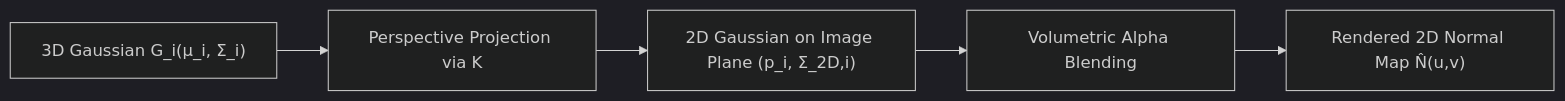
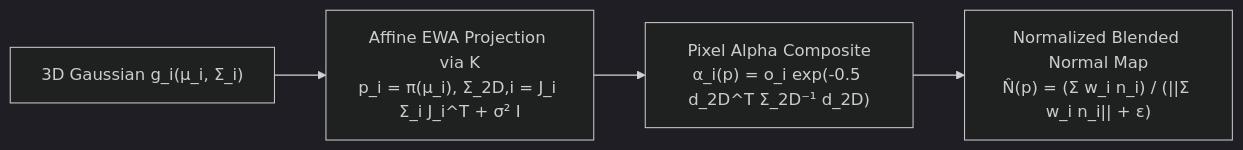
The third of 5 diagrams in documents/md/notes/02_diffnorm_mathematical_foundations.md (TienDat8605/DiffNorm-Contact-HMR), drawn with Mermaid (dark theme) before and after one commit. The commit also changed other lines of this file and 16 other files, not shown here.

````diff
--- a/documents/md/notes/02_diffnorm_mathematical_foundations.md
+++ b/documents/md/notes/02_diffnorm_mathematical_foundations.md
@@ -137,7 +112,6 @@
 ```mermaid
 flowchart LR
-    Splat["3D Gaussian G_i(μ_i, Σ_i)"] --> Proj["Perspective Projection via K"]
-    Proj --> Splat2D["2D Gaussian on Image Plane (p_i, Σ_2D,i)"]
-    Splat2D --> Alpha["Volumetric Alpha Blending"]
-    Alpha --> Map["Rendered 2D Normal Map N̂(u,v)"]
+    Splat["3D Gaussian g_i(μ_i, Σ_i)"] --> EWA["Affine EWA Projection via K\np_i = π(μ_i), Σ_2D,i = J_i Σ_i J_i^T + σ² I"]
+    EWA --> Alpha["Pixel Alpha Composite\nα_i(p) = o_i exp(-0.5 d_2D^T Σ_2D⁻¹ d_2D)"]
+    Alpha --> Blend["Normalized Blended Normal Map\nN̂(p) = (Σ w_i n_i) / (||Σ w_i n_i|| + ε)"]
 ```
````
